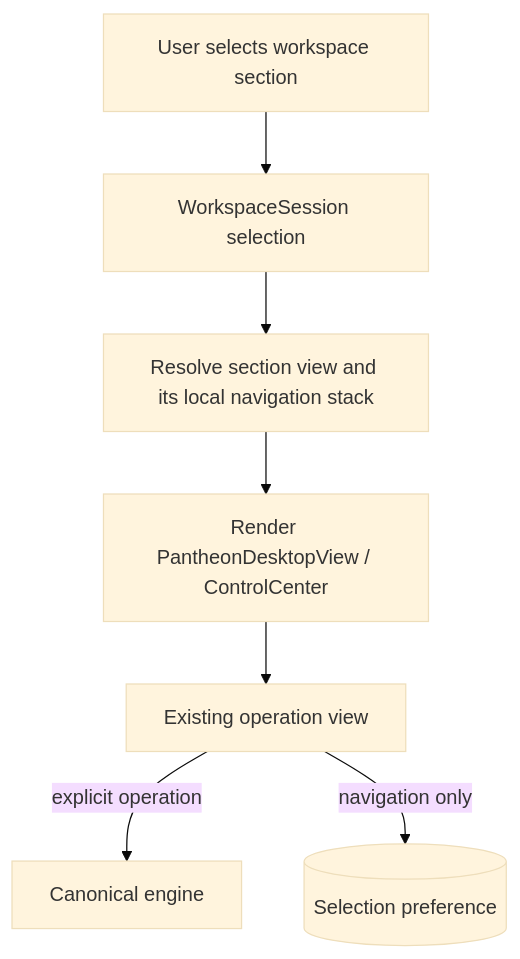
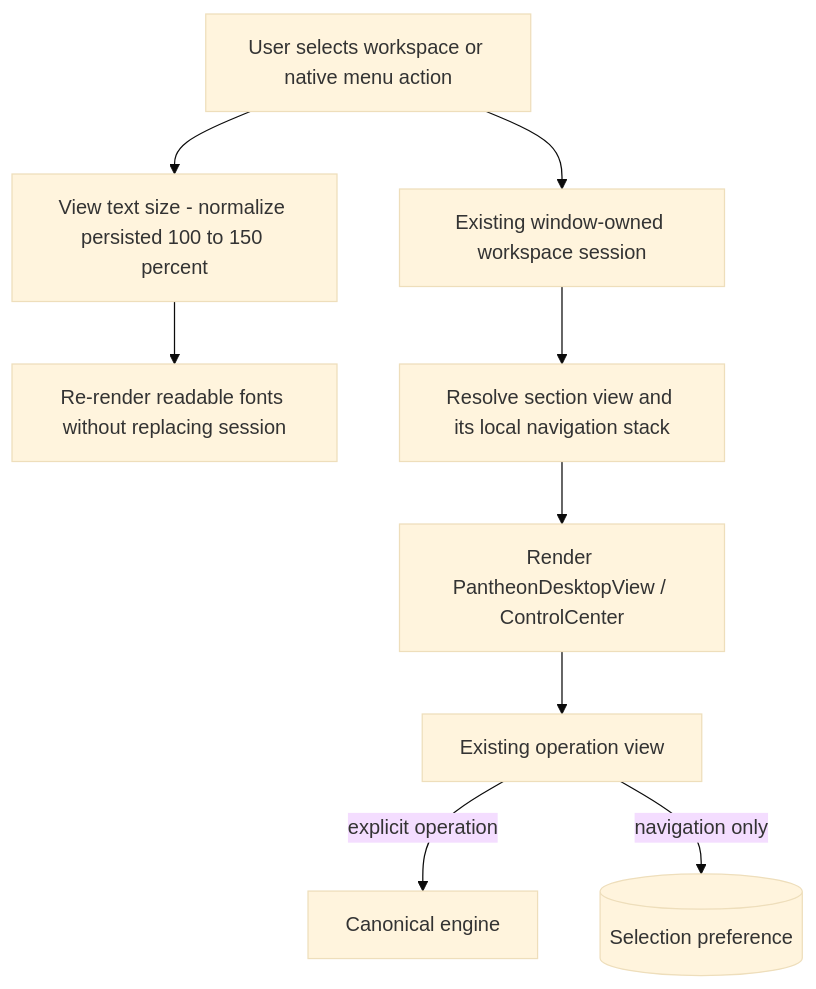
Before and after one commit to SirsiMaster/sirsi-pantheon: the tenth of 43 diagrams in docs/stacklab/pantheon-pt/canon/DIAGRAMS_RUNTIME_NATIVE.md, drawn with Mermaid (base theme). The commit also changed other lines of this file and 61 other files, not shown here.

````diff
--- a/docs/stacklab/pantheon-pt/canon/DIAGRAMS_RUNTIME_NATIVE.md
+++ b/docs/stacklab/pantheon-pt/canon/DIAGRAMS_RUNTIME_NATIVE.md
@@ -137,9 +137,11 @@
 ```mermaid
 flowchart TD
-  U[User selects workspace section] --> S[WorkspaceSession selection]
+  U[User selects workspace or native menu action] --> S[Existing window-owned workspace session]
+  U --> T[View text size - normalize persisted 100 to 150 percent]
+  T --> R[Re-render readable fonts without replacing session]
   S --> N[Resolve section view and its local navigation stack]
   N --> V[Render PantheonDesktopView / ControlCenter]
   V --> A[Existing operation view]
   A -->|explicit operation| E[Canonical engine]
   A -->|navigation only| P[(Selection preference)]
 ```
````
